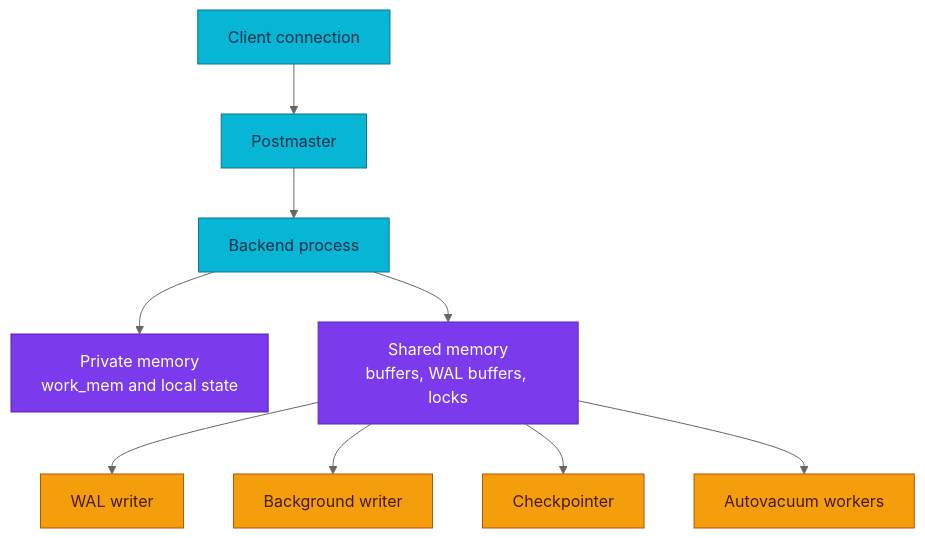
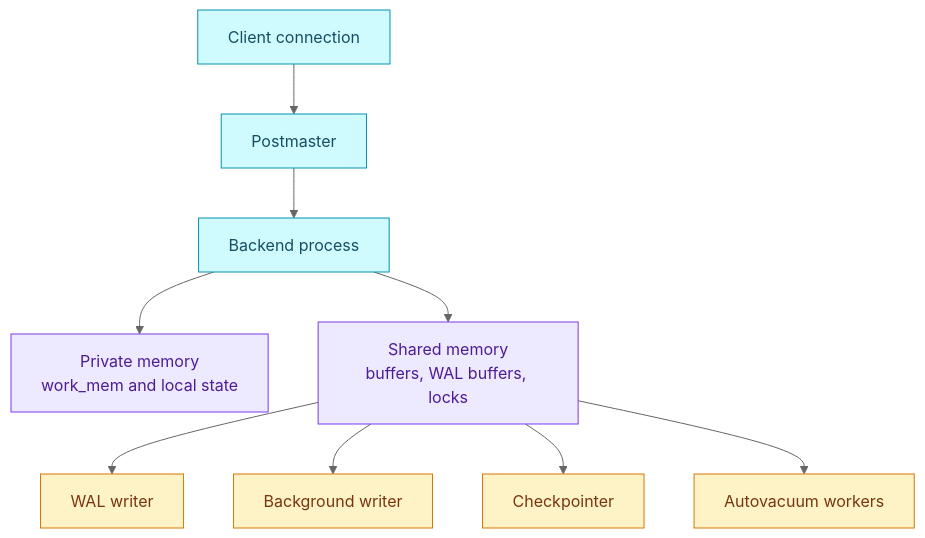
The diagram in docs/databases/fundamentals/process-and-memory.md (duynhlab/homelab), drawn with Mermaid (neutral theme) before and after one commit. The commit also changed 174 other files, not shown here.

First line of the commit message:
Soft-tint diagram palette, a signal-flow diagram, a Linux-ready Draw.io skill

````diff
--- a/docs/databases/fundamentals/process-and-memory.md
+++ b/docs/databases/fundamentals/process-and-memory.md
@@ -24,18 +24,18 @@
 ```mermaid
 flowchart TD
     Client["Client connection"] --> Postmaster["Postmaster"]
     Postmaster --> Backend["Backend process"]
     Backend --> Private["Private memory<br/>work_mem and local state"]
     Backend --> Shared["Shared memory<br/>buffers, WAL buffers, locks"]
     Shared --> WALWriter["WAL writer"]
     Shared --> BgWriter["Background writer"]
     Shared --> Checkpointer["Checkpointer"]
     Shared --> Autovacuum["Autovacuum workers"]
 
-    classDef service fill:#06b6d4,color:#082f49,stroke:#0e7490;
-    classDef worker fill:#f59e0b,color:#451a03,stroke:#b45309;
-    classDef platform fill:#7c3aed,color:#fff,stroke:#5b21b6;
+    classDef service fill:#cffafe,color:#164e63,stroke:#0891b2;
+    classDef worker fill:#fef3c7,color:#78350f,stroke:#d97706;
+    classDef platform fill:#ede9fe,color:#4c1d95,stroke:#7c3aed;
     class Client,Postmaster,Backend service;
     class WALWriter,BgWriter,Checkpointer,Autovacuum worker;
     class Private,Shared platform;
 ```
````
